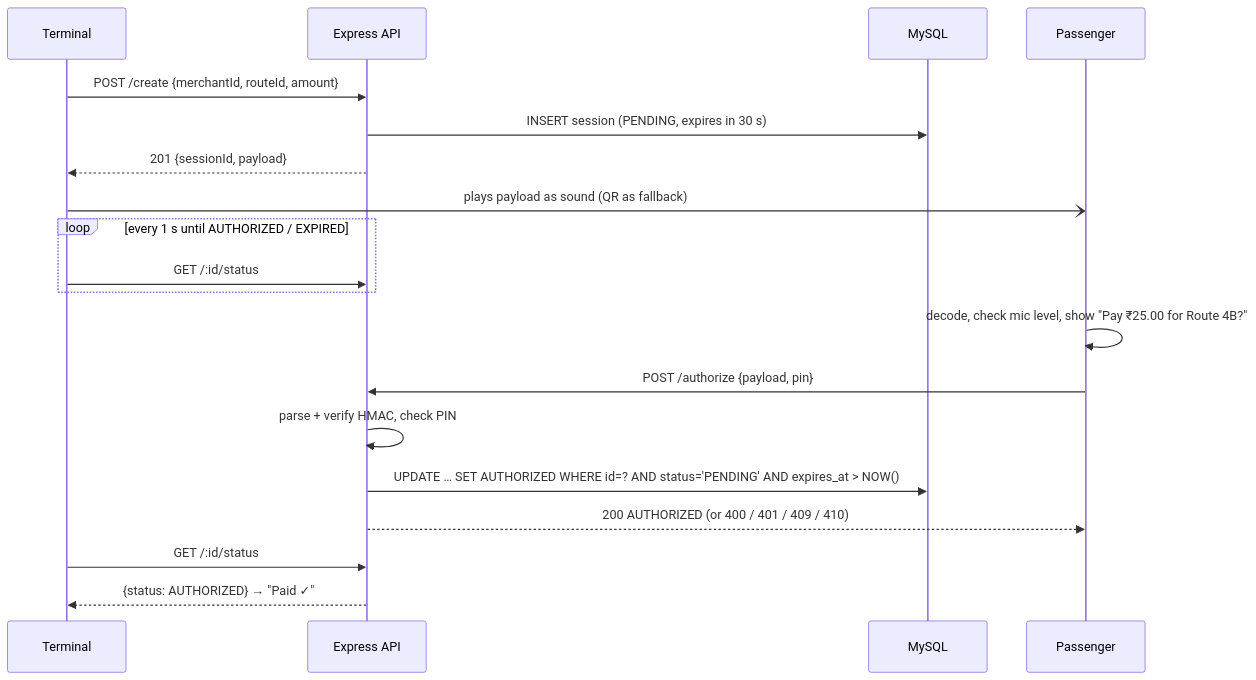
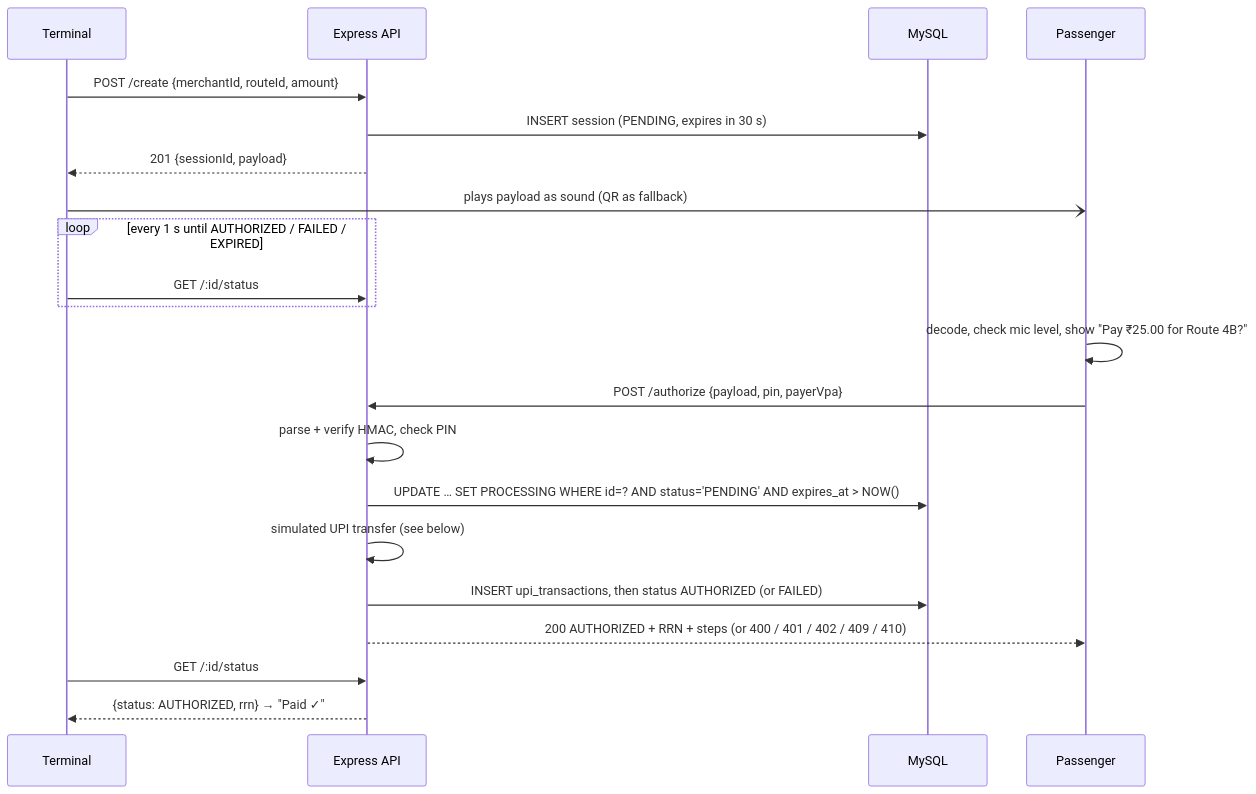
Before and after one commit to akash-chandran-3/soundpay: the second of 4 diagrams in README.md, drawn with Mermaid. The commit also changed other lines of this file and 23 other files, not shown here.

Commit message:
Simulated UPI transfer, shorter SP2 payload, 44.1 kHz decode fix

````diff
--- a/README.md
+++ b/README.md
@@ -49,22 +53,24 @@
 ```mermaid
 sequenceDiagram
     participant T as Terminal
     participant API as Express API
     participant DB as MySQL
     participant P as Passenger
 
     T->>API: POST /create {merchantId, routeId, amount}
     API->>DB: INSERT session (PENDING, expires in 30 s)
     API-->>T: 201 {sessionId, payload}
     T-)P: plays payload as sound (QR as fallback)
-    loop every 1 s until AUTHORIZED / EXPIRED
+    loop every 1 s until AUTHORIZED / FAILED / EXPIRED
         T->>API: GET /:id/status
     end
     P->>P: decode, check mic level, show "Pay ₹25.00 for Route 4B?"
-    P->>API: POST /authorize {payload, pin}
+    P->>API: POST /authorize {payload, pin, payerVpa}
     API->>API: parse + verify HMAC, check PIN
-    API->>DB: UPDATE … SET AUTHORIZED WHERE id=? AND status='PENDING' AND expires_at > NOW()
-    API-->>P: 200 AUTHORIZED (or 400 / 401 / 409 / 410)
+    API->>DB: UPDATE … SET PROCESSING WHERE id=? AND status='PENDING' AND expires_at > NOW()
+    API->>API: simulated UPI transfer (see below)
+    API->>DB: INSERT upi_transactions, then status AUTHORIZED (or FAILED)
+    API-->>P: 200 AUTHORIZED + RRN + steps (or 400 / 401 / 402 / 409 / 410)
     T->>API: GET /:id/status
-    API-->>T: {status: AUTHORIZED} → "Paid ✓"
+    API-->>T: {status: AUTHORIZED, rrn} → "Paid ✓"
 ```
````
